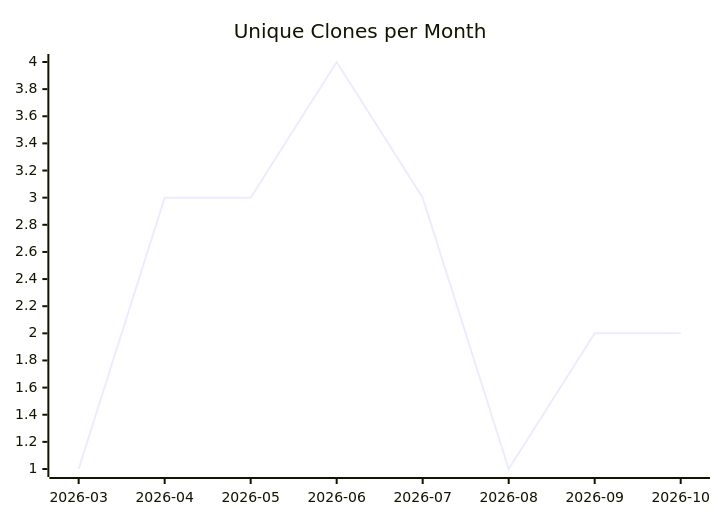
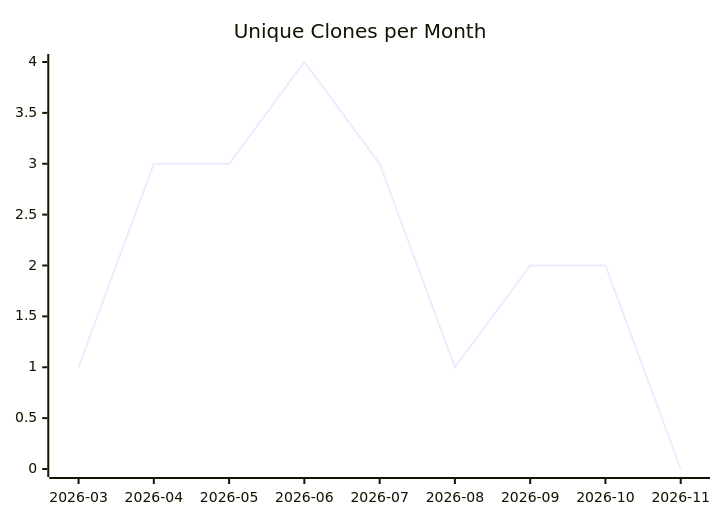
The third of 3 diagrams in karlmdavis/ansible-jenkins/README.md (justdavis-family/github-analytics-data), drawn with Mermaid before and after one commit. The commit also changed other lines of this file and 201 other files, not shown here.

````diff
--- a/karlmdavis/ansible-jenkins/README.md
+++ b/karlmdavis/ansible-jenkins/README.md
@@ -19,6 +19,6 @@
 ```mermaid
 xychart-beta
   title "Unique Clones per Month"
-  x-axis ["2026-03", "2026-04", "2026-05", "2026-06", "2026-07", "2026-08", "2026-09", "2026-10"]
-  line [1, 3, 3, 4, 3, 1, 2, 2]
+  x-axis ["2026-03", "2026-04", "2026-05", "2026-06", "2026-07", "2026-08", "2026-09", "2026-10", "2026-11"]
+  line [1, 3, 3, 4, 3, 1, 2, 2, 0]
 ```
````
